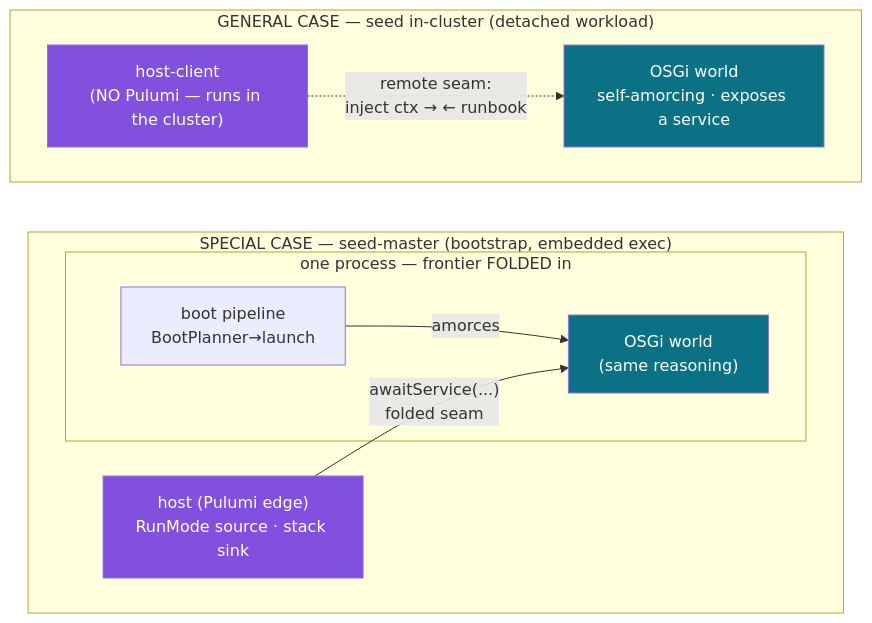
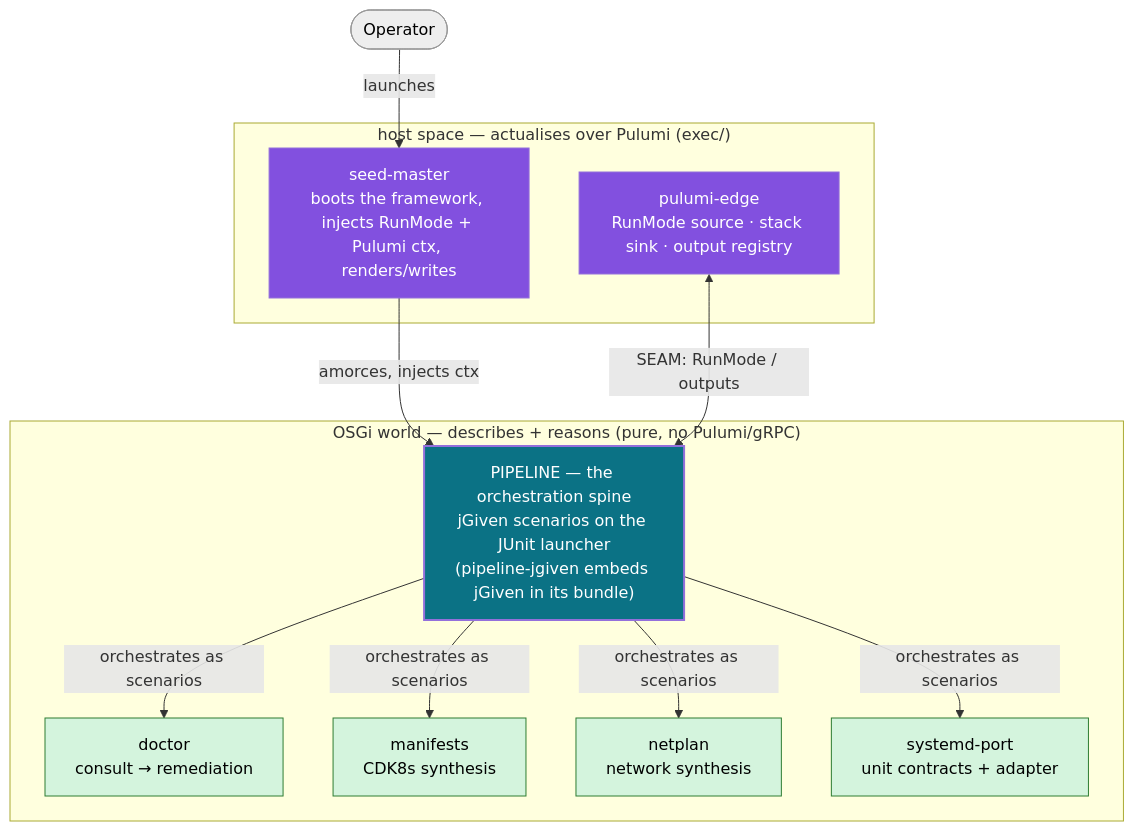
The second of 4 diagrams in docs/architecture/osgi/pipeline-spec.adoc (nxmatic/rke2lab), drawn with Mermaid before and after one commit. The commit also changed other lines of this file and 2 other files, not shown here.

```diff
--- a/docs/architecture/osgi/pipeline-spec.adoc
+++ b/docs/architecture/osgi/pipeline-spec.adoc
@@ -178,25 +95,27 @@
 [mermaid]
 ....
 flowchart TB
-  subgraph gen["GENERAL CASE — seed in-cluster (detached workload)"]
-    direction LR
-    W1["OSGi world<br/>self-amorcing · exposes a service"]
-    C1["host-client<br/>(NO Pulumi — runs in the cluster)"]
-    C1 -. "remote seam:<br/>inject ctx → ← runbook" .-> W1
+  op(["Operator"]):::person
+  subgraph host["host space — actualises over Pulumi (exec/)"]
+    seed["seed-master<br/>boots the framework, injects RunMode + Pulumi ctx, renders/writes"]:::hostc
+    edge["pulumi-edge<br/>RunMode source · stack sink · output registry"]:::hostc
   end
-  subgraph emb["SPECIAL CASE — seed-master (bootstrap, embedded exec)"]
-    direction LR
-    C2["host (Pulumi edge)<br/>RunMode source · stack sink"]
-    subgraph proc["one process — frontier FOLDED in"]
-      B2["boot pipeline<br/>BootPlanner→launch"]
-      W2["OSGi world<br/>(same reasoning)"]
-      B2 -->|amorces| W2
-    end
-    C2 -->|"awaitService(...)<br/>folded seam"| W2
+  subgraph osgi["OSGi world — describes + reasons (pure, no Pulumi/gRPC)"]
+    pipe["PIPELINE — the orchestration spine<br/>jGiven scenarios on the JUnit launcher<br/>(pipeline-jgiven embeds jGiven in its bundle)"]:::focus
+    doctor["doctor<br/>consult → remediation"]:::sub
+    manifests["manifests<br/>CDK8s synthesis"]:::sub
+    netplan["netplan<br/>network synthesis"]:::sub
+    systemd["systemd-port<br/>unit contracts + adapter"]:::sub
   end
-  gen ~~~ emb
-  classDef world fill:#0b7285,color:#fff;
-  classDef host fill:#8250df,color:#fff;
-  class W1,W2 world
-  class C1,C2 host
+  op -->|launches| seed
+  seed -->|amorces, injects ctx| pipe
+  edge <-->|SEAM: RunMode / outputs| pipe
+  pipe -->|orchestrates as scenarios| doctor
+  pipe -->|orchestrates as scenarios| manifests
+  pipe -->|orchestrates as scenarios| netplan
+  pipe -->|orchestrates as scenarios| systemd
+  classDef person fill:#eee,stroke:#999,color:#000;
+  classDef focus fill:#0b7285,color:#fff,stroke-width:2px;
+  classDef sub fill:#d4f4dd,stroke:#2e7d32,color:#000;
+  classDef hostc fill:#8250df,color:#fff;
 ....
```
